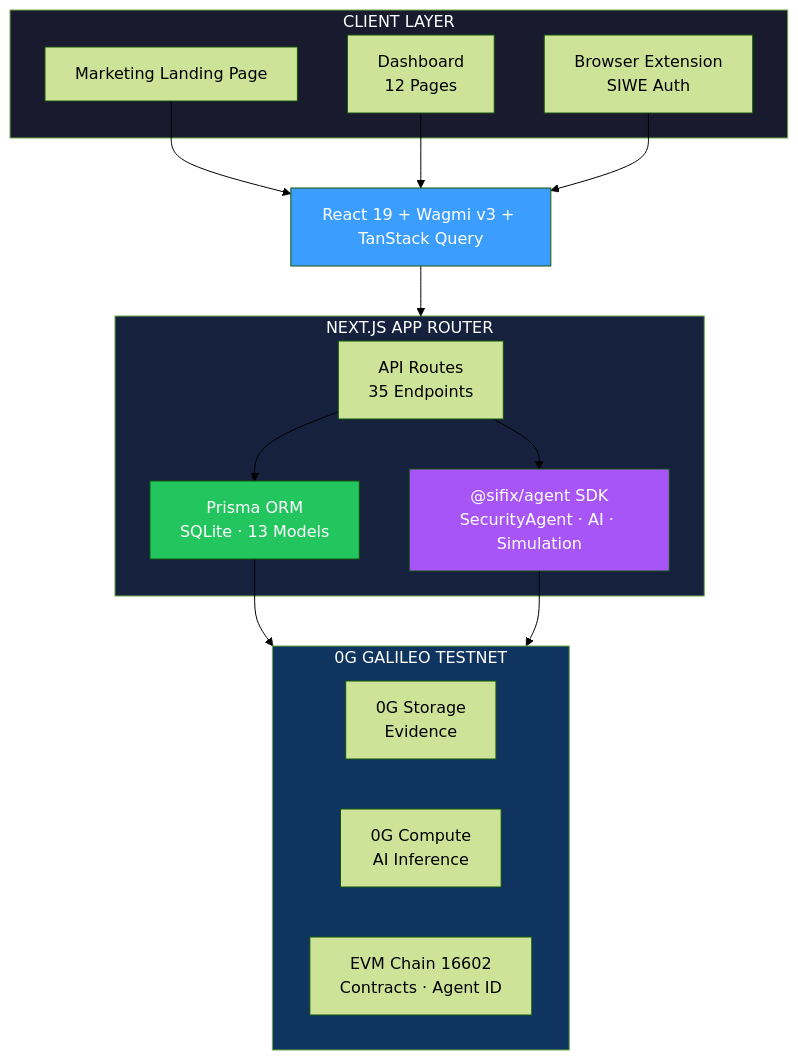
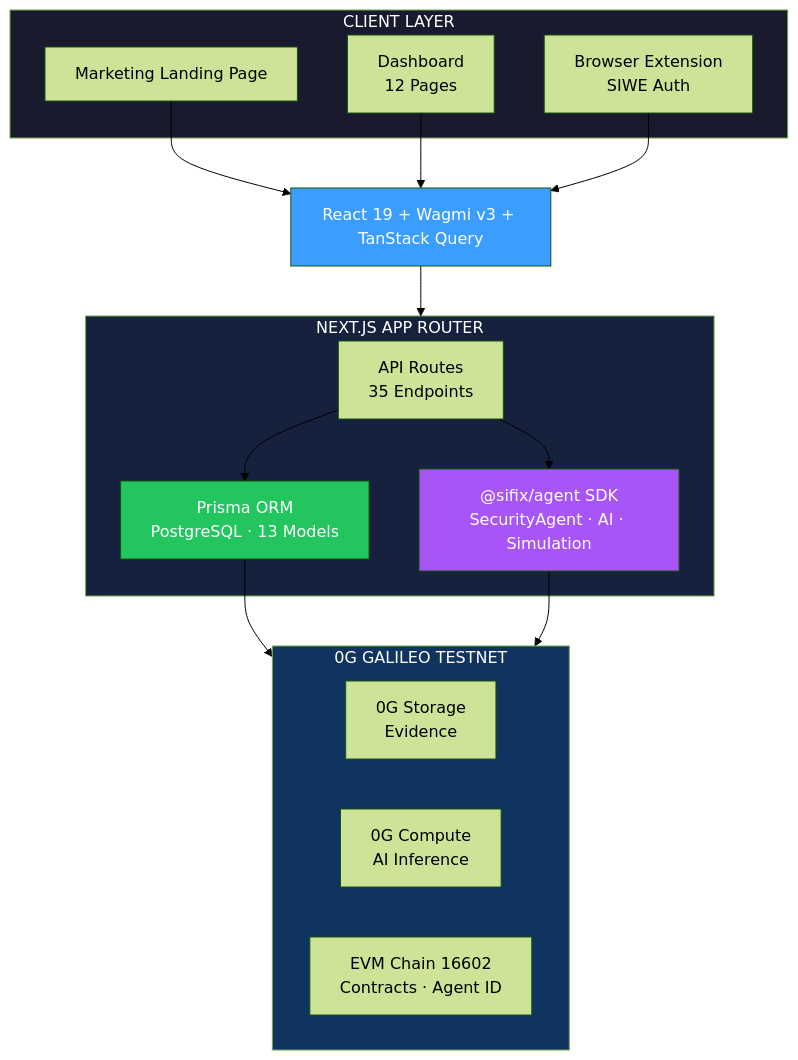
One commit to sifix-ai/sifix-dapp changed the diagram in README.md. Above: the diagram before and after it, drawn with Mermaid (forest theme). The commit also changed other lines of this file, not shown here.

````diff
--- a/README.md
+++ b/README.md
@@ -126,37 +126,37 @@
 ```mermaid
 graph TB
     subgraph CLIENT["CLIENT LAYER"]
         LANDING[Marketing Landing Page]
         DASH[Dashboard<br/>12 Pages]
         EXT[Browser Extension<br/>SIWE Auth]
     end
 
     REACT[React 19 + Wagmi v3 + TanStack Query]
     LANDING --> REACT
     DASH --> REACT
     EXT --> REACT
 
     subgraph API["NEXT.JS APP ROUTER"]
         ROUTES[API Routes<br/>35 Endpoints]
-        ROUTES --> PRISMA[Prisma ORM<br/>SQLite · 13 Models]
+        ROUTES --> PRISMA[Prisma ORM<br/>PostgreSQL · 13 Models]
         ROUTES --> AGENT["@sifix/agent SDK<br/>SecurityAgent · AI · Simulation"]
     end
 
     REACT --> API
 
     subgraph ZG["0G GALILEO TESTNET"]
         STORAGE[0G Storage<br/>Evidence]
         COMPUTE[0G Compute<br/>AI Inference]
         EVM[EVM Chain 16602<br/>Contracts · Agent ID]
     end
 
     PRISMA --> ZG
     AGENT --> ZG
 
     style CLIENT fill:#1a1a2e,color:#fff
     style API fill:#16213e,color:#fff
     style ZG fill:#0f3460,color:#fff
     style REACT fill:#3b9eff,color:#fff
     style AGENT fill:#a855f7,color:#fff
     style PRISMA fill:#22c55e,color:#fff
 ```
````
